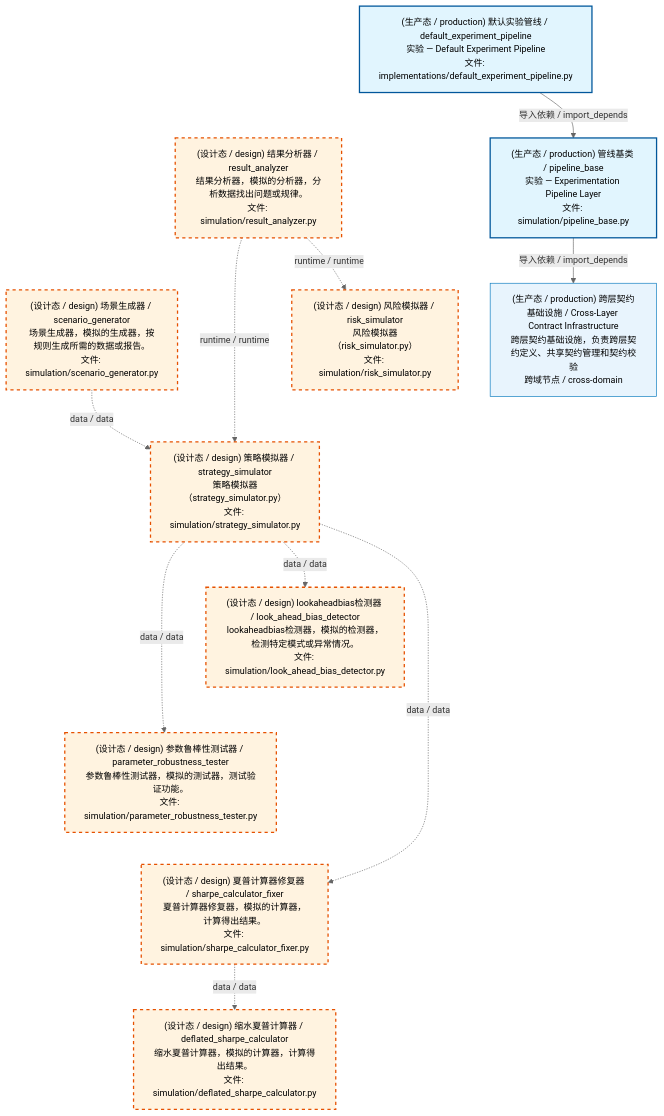
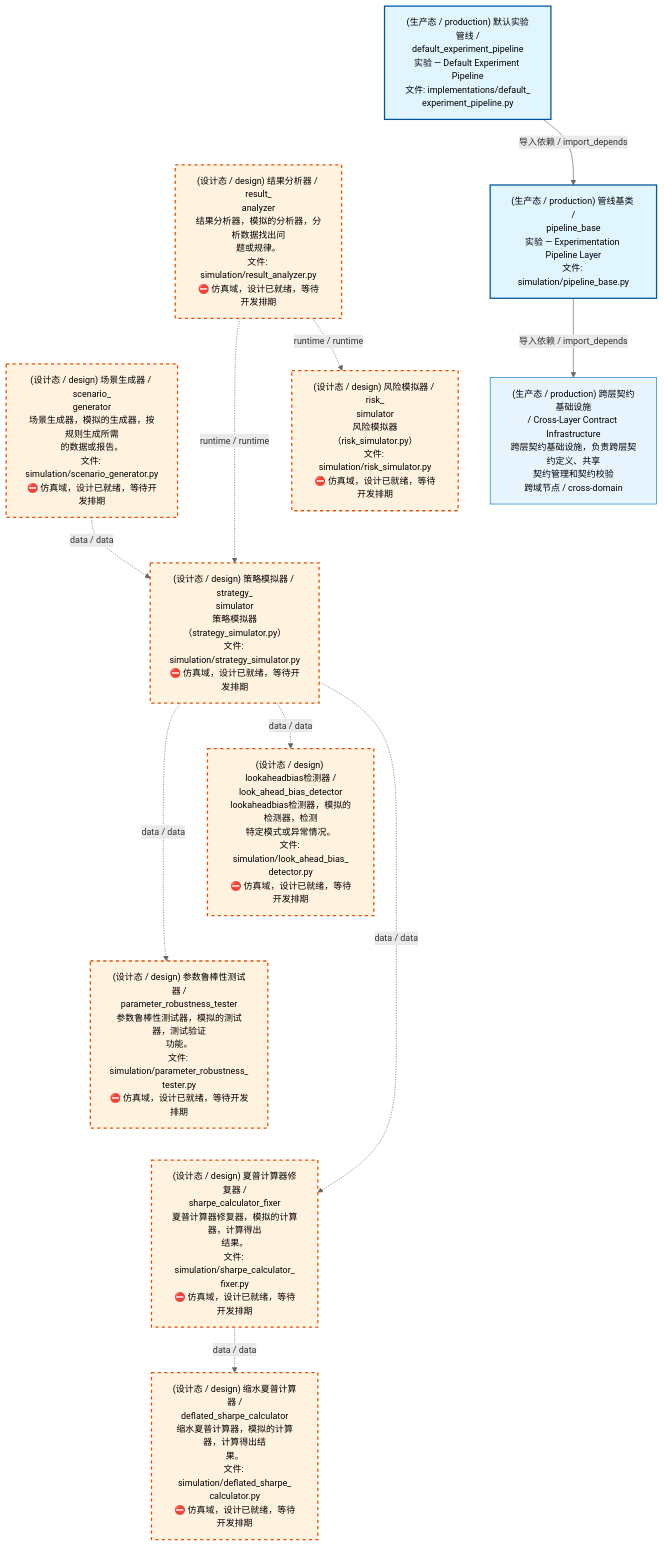
Before and after one commit to xuanFelixVan/ZephyrAlpha: the first of 4 diagrams in docs/02_enterprise_architecture/02_domain_architecture_docs/70_d_simulation.md, drawn with Mermaid. The commit also changed other lines of this file and 59 other files, not shown here.

````diff
--- a/docs/02_enterprise_architecture/02_domain_architecture_docs/70_d_simulation.md
+++ b/docs/02_enterprise_architecture/02_domain_architecture_docs/70_d_simulation.md
@@ -53,37 +53,37 @@
 ```mermaid
 %%{init: {'theme': 'base', 'themeVariables': {'primaryColor': '#eaeaea', 'primaryTextColor': '#333333', 'primaryBorderColor': '#666666', 'lineColor': '#666666', 'secondaryColor': '#eaeaea', 'tertiaryColor': '#eaeaea', 'fontSize': '14px'}}}%%
 flowchart TD
-    src_zephyr_simulation_implementations_default_experiment_pipeline_py["(生产态 / production) 默认实验管线 / default_experiment_pipeline<br/>实验 — Default Experiment Pipeline<br/>文件: implementations/default_experiment_pipeline.py"]
-    src_zephyr_simulation_result_analyzer_py["(设计态 / design) 结果分析器 / result_analyzer<br/>结果分析器，模拟的分析器，分析数据找出问题或规律。<br/>文件: simulation/result_analyzer.py"]
-    src_zephyr_simulation_scenario_generator_py["(设计态 / design) 场景生成器 / scenario_generator<br/>场景生成器，模拟的生成器，按规则生成所需的数据或报告。<br/>文件: simulation/scenario_generator.py"]
+    src_zephyr_simulation_implementations_default_experiment_pipeline_py["(生产态 / production) 默认实验管线 /<br/>default_experiment_pipeline<br/>实验 — Default Experiment Pipeline<br/>文件: implementations/default_<br/>experiment_pipeline.py"]
+    src_zephyr_simulation_result_analyzer_py["(设计态 / design) 结果分析器 / result_<br/>analyzer<br/>结果分析器，模拟的分析器，分析数据找出问<br/>题或规律。<br/>文件: simulation/result_analyzer.py<br/>⛔ 仿真域，设计已就绪，等待开发排期"]
+    src_zephyr_simulation_scenario_generator_py["(设计态 / design) 场景生成器 / scenario_<br/>generator<br/>场景生成器，模拟的生成器，按规则生成所需<br/>的数据或报告。<br/>文件: simulation/scenario_generator.py<br/>⛔ 仿真域，设计已就绪，等待开发排期"]
     src_zephyr_simulation_implementations_default_experiment_pipeline_py ~~~ src_zephyr_simulation_result_analyzer_py
     src_zephyr_simulation_result_analyzer_py ~~~ src_zephyr_simulation_scenario_generator_py
-    src_zephyr_simulation_pipeline_base_py["(生产态 / production) 管线基类 / pipeline_base<br/>实验 — Experimentation Pipeline Layer<br/>文件: simulation/pipeline_base.py"]
-    src_zephyr_simulation_risk_simulator_py["(设计态 / design) 风险模拟器 / risk_simulator<br/>风险模拟器（risk_simulator.py）<br/>文件: simulation/risk_simulator.py"]
-    src_zephyr_simulation_strategy_simulator_py["(设计态 / design) 策略模拟器 / strategy_simulator<br/>策略模拟器（strategy_simulator.py）<br/>文件: simulation/strategy_simulator.py"]
+    src_zephyr_simulation_pipeline_base_py["(生产态 / production) 管线基类 /<br/>pipeline_base<br/>实验 — Experimentation Pipeline Layer<br/>文件: simulation/pipeline_base.py"]
+    src_zephyr_simulation_risk_simulator_py["(设计态 / design) 风险模拟器 / risk_<br/>simulator<br/>风险模拟器（risk_simulator.py）<br/>文件: simulation/risk_simulator.py<br/>⛔ 仿真域，设计已就绪，等待开发排期"]
+    src_zephyr_simulation_strategy_simulator_py["(设计态 / design) 策略模拟器 / strategy_<br/>simulator<br/>策略模拟器（strategy_simulator.py）<br/>文件: simulation/strategy_simulator.py<br/>⛔ 仿真域，设计已就绪，等待开发排期"]
     src_zephyr_simulation_pipeline_base_py ~~~ src_zephyr_simulation_risk_simulator_py
     src_zephyr_simulation_risk_simulator_py ~~~ src_zephyr_simulation_strategy_simulator_py
-    src_zephyr_simulation_look_ahead_bias_detector_py["(设计态 / design) lookaheadbias检测器 / look_ahead_bias_detector<br/>lookaheadbias检测器，模拟的检测器，检测特定模式或异常情况。<br/>文件: simulation/look_ahead_bias_detector.py"]
-    src_zephyr_simulation_parameter_robustness_tester_py["(设计态 / design) 参数鲁棒性测试器 / parameter_robustness_tester<br/>参数鲁棒性测试器，模拟的测试器，测试验证功能。<br/>文件: simulation/parameter_robustness_tester.py"]
-    src_zephyr_simulation_sharpe_calculator_fixer_py["(设计态 / design) 夏普计算器修复器 / sharpe_calculator_fixer<br/>夏普计算器修复器，模拟的计算器，计算得出结果。<br/>文件: simulation/sharpe_calculator_fixer.py"]
+    src_zephyr_simulation_look_ahead_bias_detector_py["(设计态 / design) lookaheadbias检测器 /<br/>look_ahead_bias_detector<br/>lookaheadbias检测器，模拟的检测器，检测<br/>特定模式或异常情况。<br/>文件: simulation/look_ahead_bias_<br/>detector.py<br/>⛔ 仿真域，设计已就绪，等待开发排期"]
+    src_zephyr_simulation_parameter_robustness_tester_py["(设计态 / design) 参数鲁棒性测试器 /<br/>parameter_robustness_tester<br/>参数鲁棒性测试器，模拟的测试器，测试验证<br/>功能。<br/>文件: simulation/parameter_robustness_<br/>tester.py<br/>⛔ 仿真域，设计已就绪，等待开发排期"]
+    src_zephyr_simulation_sharpe_calculator_fixer_py["(设计态 / design) 夏普计算器修复器 /<br/>sharpe_calculator_fixer<br/>夏普计算器修复器，模拟的计算器，计算得出<br/>结果。<br/>文件: simulation/sharpe_calculator_<br/>fixer.py<br/>⛔ 仿真域，设计已就绪，等待开发排期"]
     src_zephyr_simulation_look_ahead_bias_detector_py ~~~ src_zephyr_simulation_parameter_robustness_tester_py
     src_zephyr_simulation_parameter_robustness_tester_py ~~~ src_zephyr_simulation_sharpe_calculator_fixer_py
-    src_zephyr_simulation_deflated_sharpe_calculator_py["(设计态 / design) 缩水夏普计算器 / deflated_sharpe_calculator<br/>缩水夏普计算器，模拟的计算器，计算得出结果。<br/>文件: simulation/deflated_sharpe_calculator.py"]
+    src_zephyr_simulation_deflated_sharpe_calculator_py["(设计态 / design) 缩水夏普计算器 /<br/>deflated_sharpe_calculator<br/>缩水夏普计算器，模拟的计算器，计算得出结<br/>果。<br/>文件: simulation/deflated_sharpe_<br/>calculator.py<br/>⛔ 仿真域，设计已就绪，等待开发排期"]
     src_zephyr_simulation_strategy_simulator_py -.->|data / data| src_zephyr_simulation_parameter_robustness_tester_py
     src_zephyr_simulation_strategy_simulator_py -.->|data / data| src_zephyr_simulation_look_ahead_bias_detector_py
     src_zephyr_simulation_strategy_simulator_py -.->|data / data| src_zephyr_simulation_sharpe_calculator_fixer_py
     src_zephyr_simulation_scenario_generator_py -.->|data / data| src_zephyr_simulation_strategy_simulator_py
     src_zephyr_simulation_result_analyzer_py -.->|runtime / runtime| src_zephyr_simulation_strategy_simulator_py
     src_zephyr_simulation_result_analyzer_py -.->|runtime / runtime| src_zephyr_simulation_risk_simulator_py
     src_zephyr_simulation_sharpe_calculator_fixer_py -.->|data / data| src_zephyr_simulation_deflated_sharpe_calculator_py
     src_zephyr_simulation_implementations_default_experiment_pipeline_py -->|导入依赖 / import_depends| src_zephyr_simulation_pipeline_base_py
-    D_INFRASTRUCTURE["(生产态 / production) 跨层契约基础设施 / Cross-Layer Contract Infrastructure<br/>跨层契约基础设施，负责跨层契约定义、共享契约管理和契约校验<br/>跨域节点 / cross-domain"]
+    D_INFRASTRUCTURE["(生产态 / production) 跨层契约基础设施<br/>/ Cross-Layer Contract Infrastructure<br/>跨层契约基础设施，负责跨层契约定义、共享<br/>契约管理和契约校验<br/>跨域节点 / cross-domain"]
     src_zephyr_simulation_pipeline_base_py -->|导入依赖 / import_depends| D_INFRASTRUCTURE
     classDef production fill:#e1f5fe,stroke:#01579b,stroke-width:2px,color:#000
     classDef design fill:#fff3e0,stroke:#e65100,stroke-width:2px,color:#000,stroke-dasharray: 5 5
     classDef external_prod fill:#e8f4fd,stroke:#0277bd,stroke-width:1px,color:#000
     classDef external_design fill:#fff8e7,stroke:#ef6c00,stroke-width:1px,color:#000,stroke-dasharray: 5 5
     class src_zephyr_simulation_implementations_default_experiment_pipeline_py,src_zephyr_simulation_pipeline_base_py production
     class src_zephyr_simulation_deflated_sharpe_calculator_py,src_zephyr_simulation_look_ahead_bias_detector_py,src_zephyr_simulation_parameter_robustness_tester_py,src_zephyr_simulation_result_analyzer_py,src_zephyr_simulation_risk_simulator_py,src_zephyr_simulation_scenario_generator_py,src_zephyr_simulation_sharpe_calculator_fixer_py,src_zephyr_simulation_strategy_simulator_py design
     class D_INFRASTRUCTURE external_prod
 ```
````
